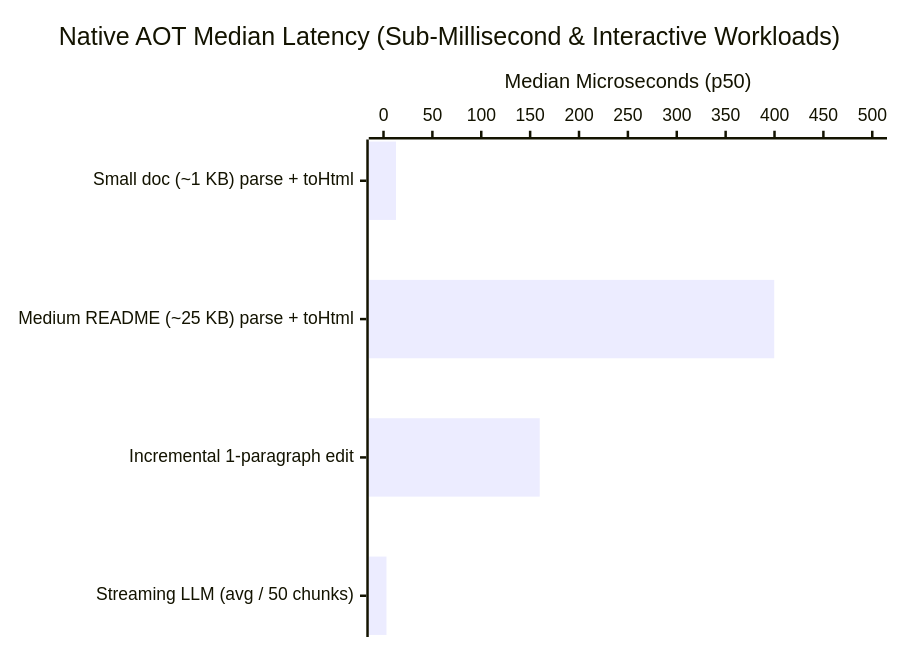
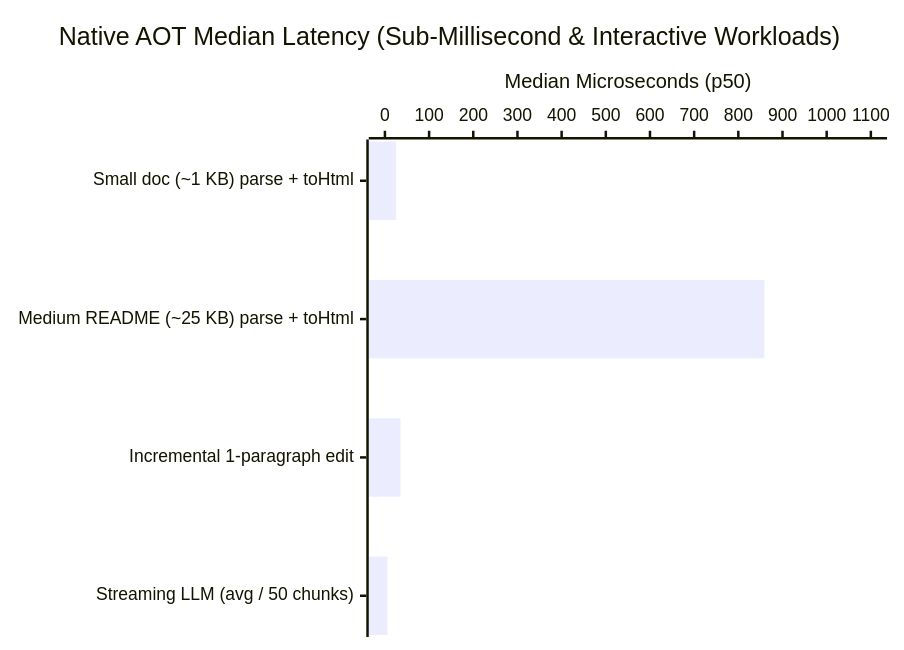
The first of 2 diagrams in doc/BENCHMARKS.md (tkinnis/markdown_engine), drawn with Mermaid before and after one commit. The commit also changed other lines of this file and 52 other files, not shown here.

Commit message:
feat(flutter,parser): bundle built-in TeX math & Mermaid rendering, optimize parsing/streaming, and add visual golden suite

````diff
--- a/doc/BENCHMARKS.md
+++ b/doc/BENCHMARKS.md
@@ -30,7 +30,7 @@
 ```mermaid
 xychart-beta horizontal
     title "Native AOT Median Latency (Sub-Millisecond & Interactive Workloads)"
     x-axis ["Small doc (~1 KB) parse + toHtml", "Medium README (~25 KB) parse + toHtml", "Incremental 1-paragraph edit", "Streaming LLM (avg / 50 chunks)"]
-    y-axis "Median Microseconds (p50)" 0 --> 500
-    bar [12.77, 399.72, 159.80, 3.05]
+    y-axis "Median Microseconds (p50)" 0 --> 1100
+    bar [25.33, 858.92, 35.16, 5.81]
 ```
````
